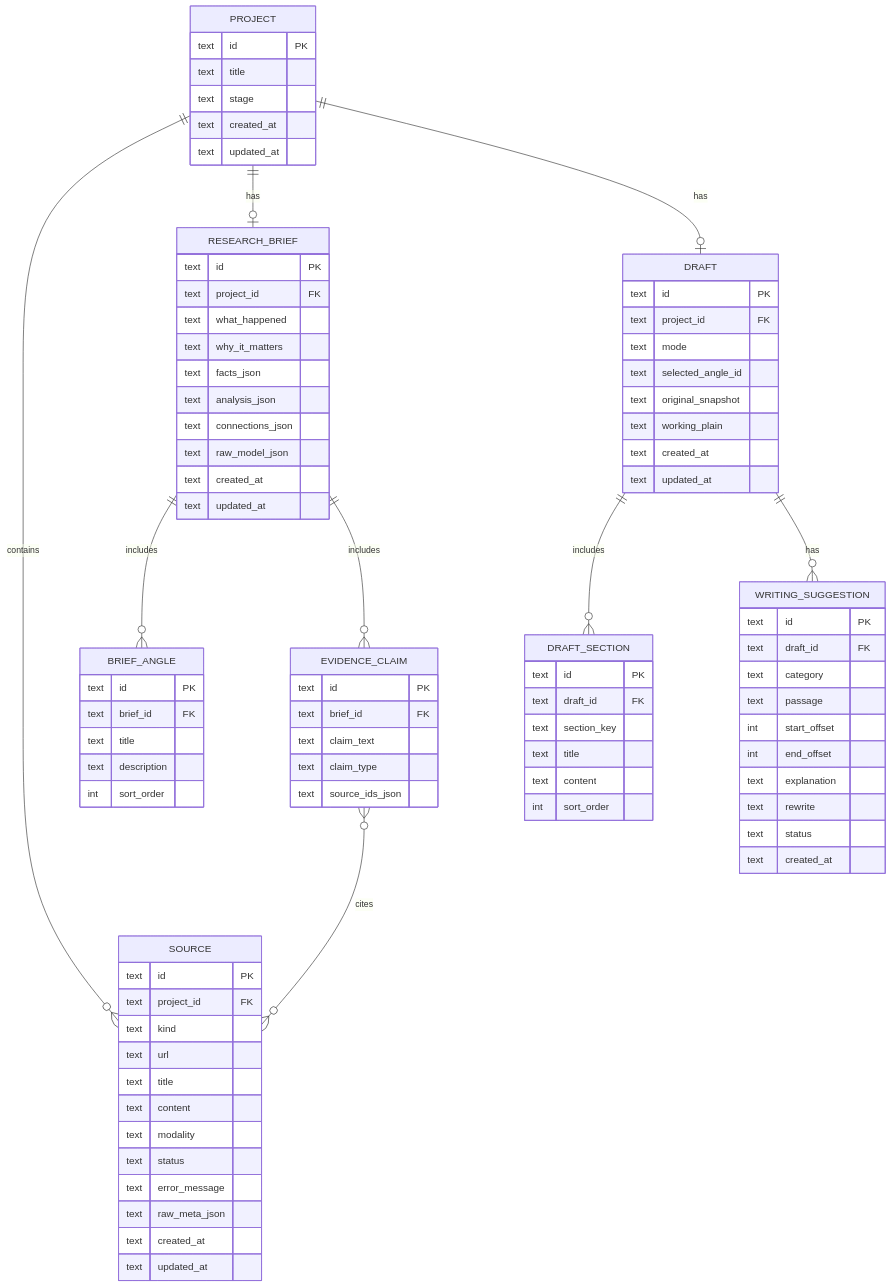
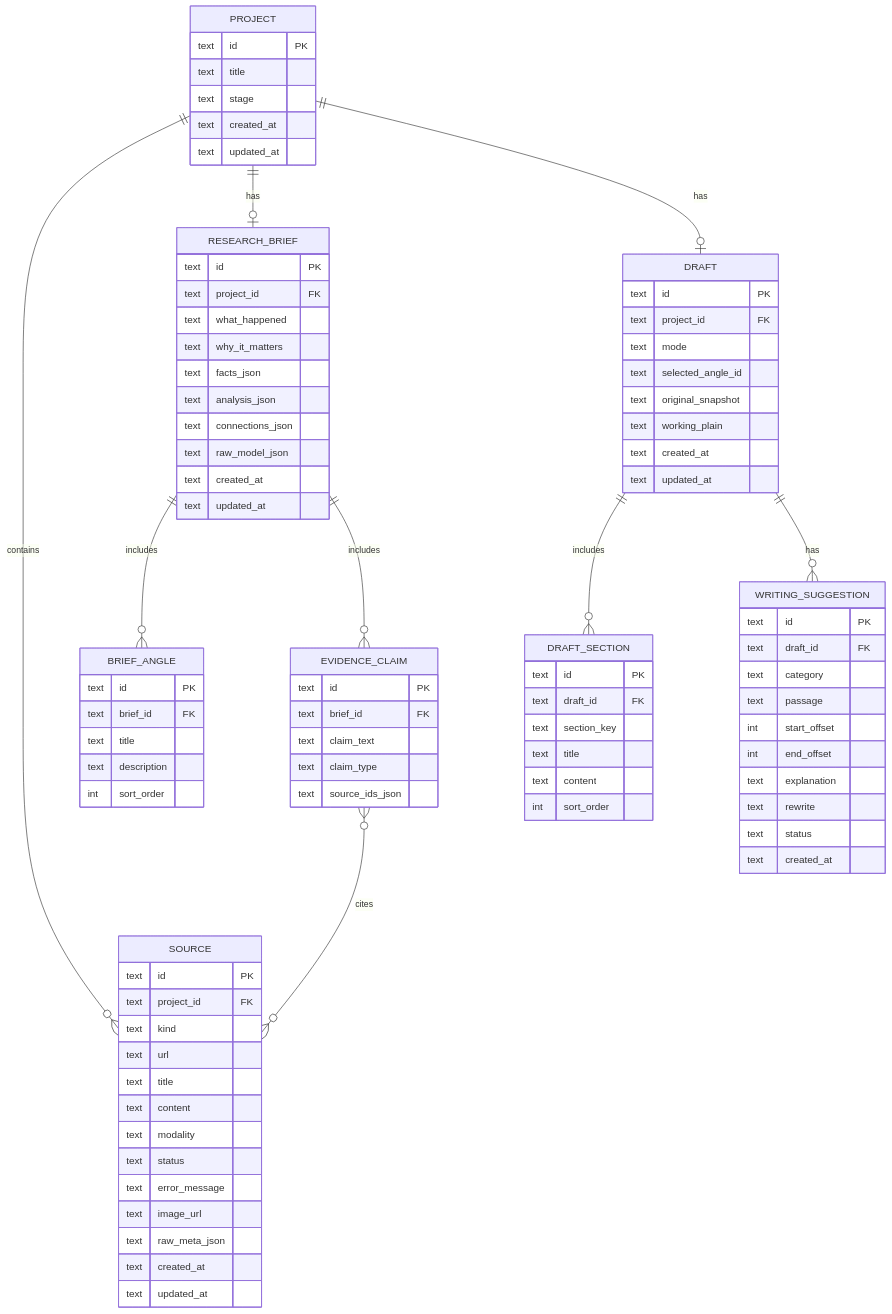
The diagram in docs/SCHEMA.md (akshatnavlani/ThisWeekAI_Assignment), drawn with Mermaid before and after one commit. The commit also changed other lines of this file and 10 other files, not shown here.

```diff
--- a/docs/SCHEMA.md
+++ b/docs/SCHEMA.md
@@ -40,6 +40,7 @@
     text modality
     text status
     text error_message
+    text image_url
     text raw_meta_json
     text created_at
     text updated_at
```
